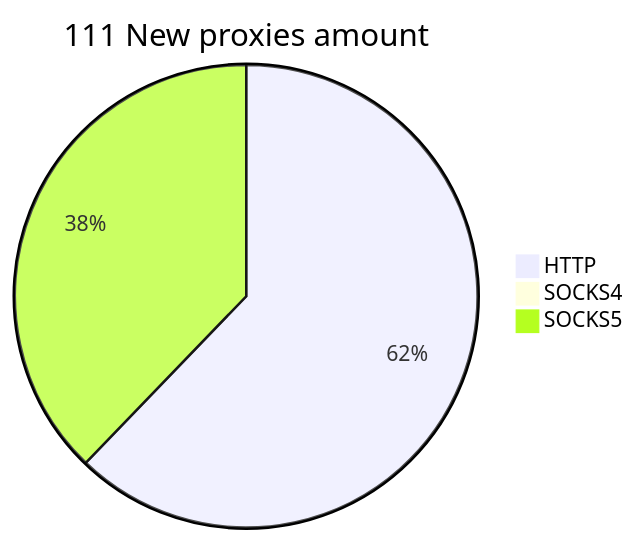
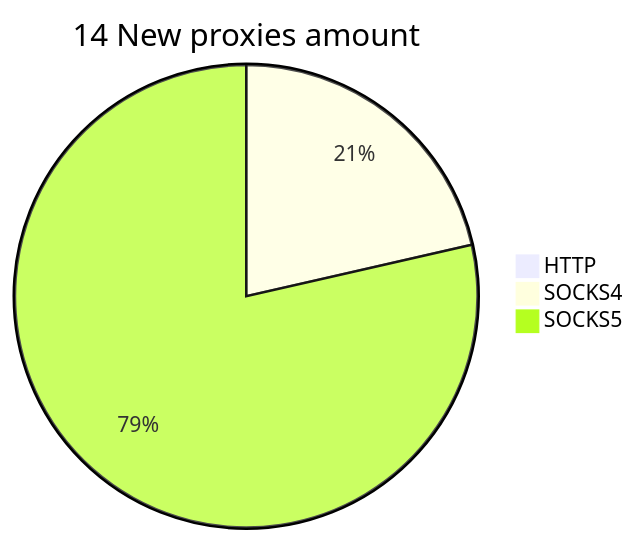
The second of 2 diagrams in README.md (cutipu/proxylist), drawn with Mermaid before and after one commit. The commit also changed other lines of this file, not shown here.

````diff
--- a/README.md
+++ b/README.md
@@ -10,6 +10,6 @@
 ```mermaid
-pie title 111 New proxies amount
-    "HTTP" : 79
-    "SOCKS4" : 0
-    "SOCKS5" : 48
+pie title 14 New proxies amount
+    "HTTP" : 0
+    "SOCKS4" : 18
+    "SOCKS5" : 66
 ```
````
